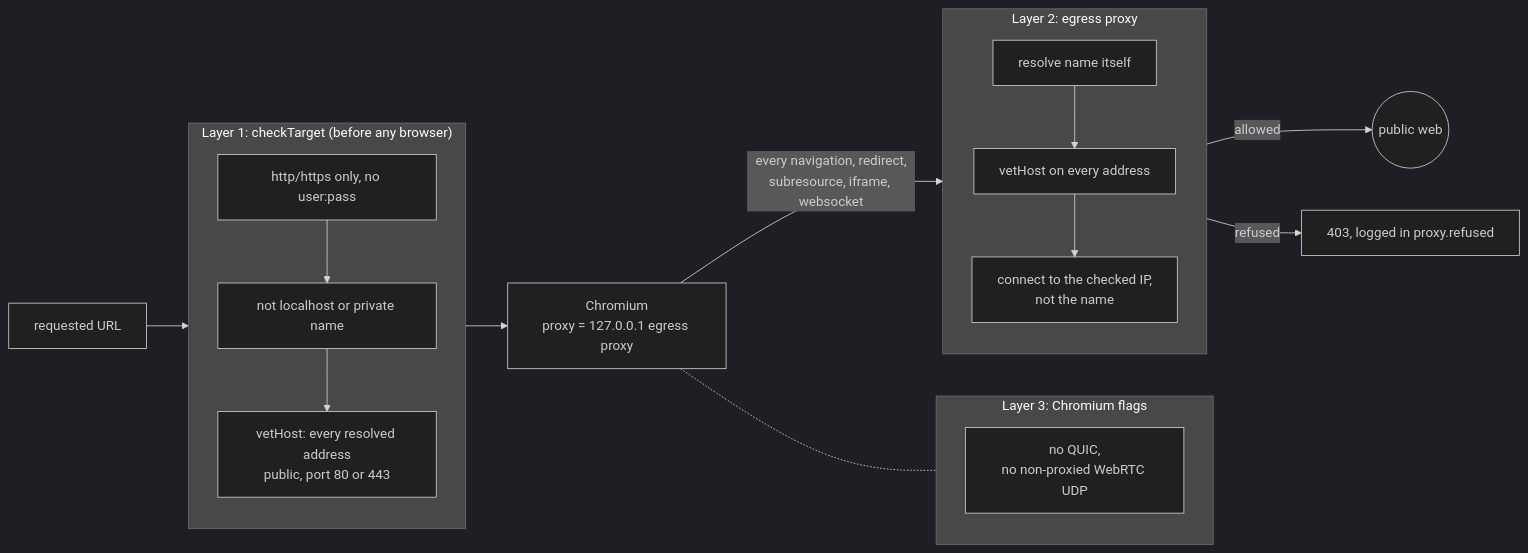
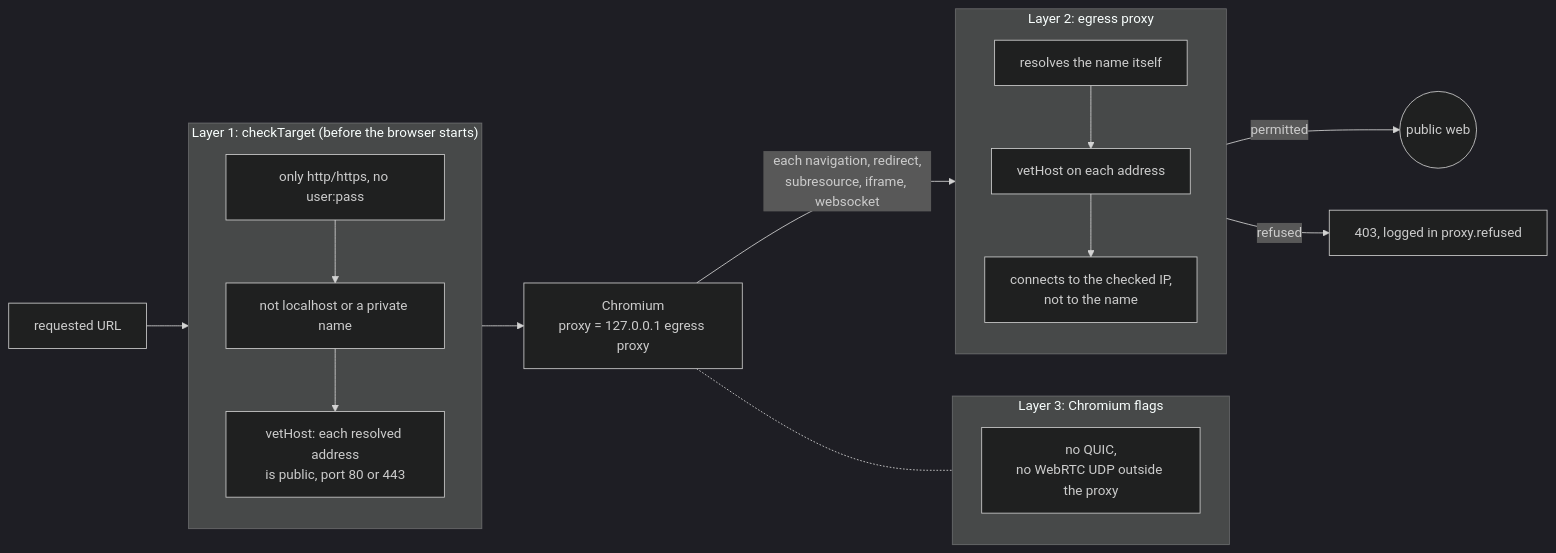
The seventh of 13 diagrams in docs/architecture.md (raghavg27/legal-linter), drawn with Mermaid (dark theme) before and after one commit. The commit also changed other lines of this file and 7 other files, not shown here.

Commit message:
docs: rewrite README, CLAUDE.md, contributor docs and architecture diagrams in ASD-STE100 style

````diff
--- a/docs/architecture.md
+++ b/docs/architecture.md
@@ -176,18 +176,18 @@
 ```mermaid
 flowchart LR
   url["requested URL"] --> L1
-  subgraph L1["Layer 1: checkTarget (before any browser)"]
-    a1["http/https only, no user:pass"] --> a2["not localhost or private name"] --> a3["vetHost: every resolved address<br/>public, port 80 or 443"]
+  subgraph L1["Layer 1: checkTarget (before the browser starts)"]
+    a1["only http/https, no user:pass"] --> a2["not localhost or a private name"] --> a3["vetHost: each resolved address<br/>is public, port 80 or 443"]
   end
   L1 --> chrome["Chromium<br/>proxy = 127.0.0.1 egress proxy"]
   subgraph L3["Layer 3: Chromium flags"]
-    f["no QUIC,<br/>no non-proxied WebRTC UDP"]
+    f["no QUIC,<br/>no WebRTC UDP outside the proxy"]
   end
   chrome -.- L3
-  chrome -->|"every navigation, redirect,<br/>subresource, iframe, websocket"| L2
+  chrome -->|"each navigation, redirect,<br/>subresource, iframe, websocket"| L2
   subgraph L2["Layer 2: egress proxy"]
-    b1["resolve name itself"] --> b2["vetHost on every address"] --> b3["connect to the checked IP,<br/>not the name"]
+    b1["resolves the name itself"] --> b2["vetHost on each address"] --> b3["connects to the checked IP,<br/>not to the name"]
   end
-  L2 -->|allowed| net(("public web"))
+  L2 -->|permitted| net(("public web"))
   L2 -->|refused| x["403, logged in proxy.refused"]
 ```
````
